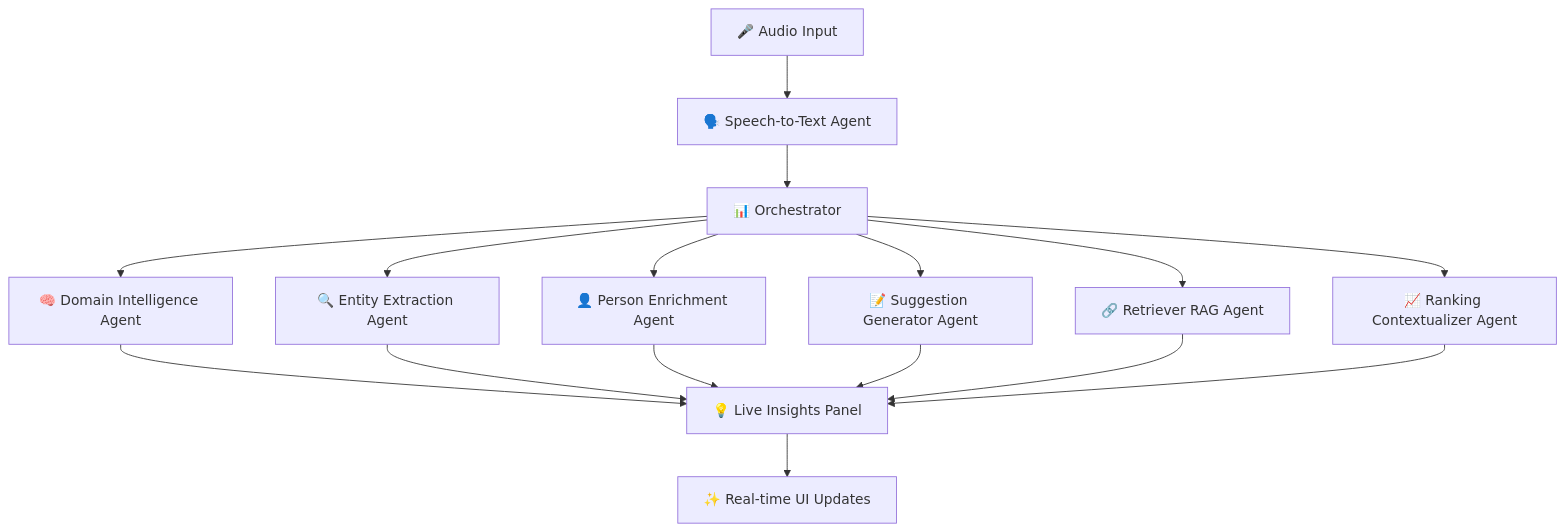
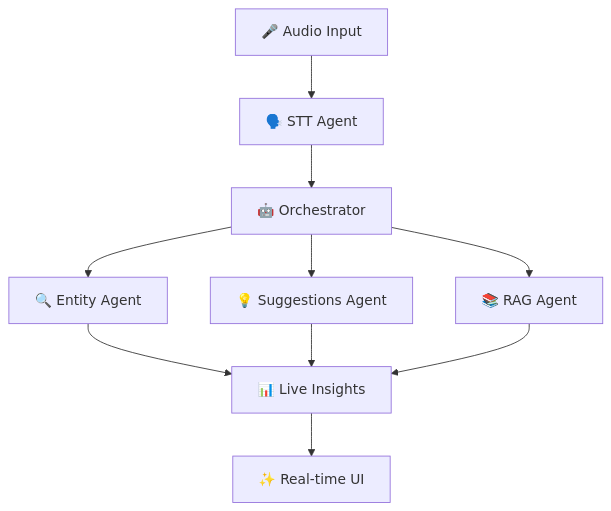
The diagram in README.md (Ronit-bby/agentic-live-sales), drawn with Mermaid before and after one commit. The commit also changed other lines of this file, not shown here.

````diff
--- a/README.md
+++ b/README.md
@@ -66,18 +57,12 @@
 ```mermaid
-graph TB
-    A[🎤 Audio Input] --> B[🗣️ Speech-to-Text Agent]
-    B --> C[📊 Orchestrator]
-    C --> D[🧠 Domain Intelligence Agent]
-    C --> E[🔍 Entity Extraction Agent]
-    C --> F[👤 Person Enrichment Agent]
-    C --> G[📝 Suggestion Generator Agent]
-    C --> H[🔗 Retriever RAG Agent]
-    C --> I[📈 Ranking Contextualizer Agent]
-    D --> J[💡 Live Insights Panel]
-    E --> J
-    F --> J
-    G --> J
-    H --> J
-    I --> J
-    J --> K[✨ Real-time UI Updates]
+graph TD
+    A[🎤 Audio Input] --> B[🗣️ STT Agent]
+    B --> C[🤖 Orchestrator]
+    C --> D[🔍 Entity Agent]
+    C --> E[💡 Suggestions Agent]
+    C --> F[📚 RAG Agent]
+    D --> G[📊 Live Insights]
+    E --> G
+    F --> G
+    G --> H[✨ Real-time UI]
 ```
````
